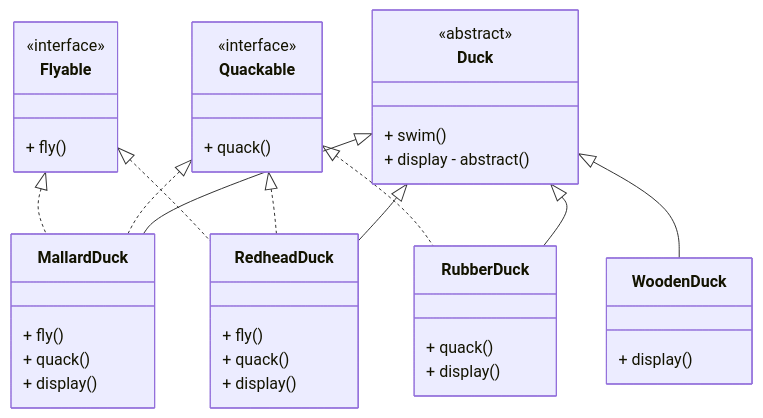
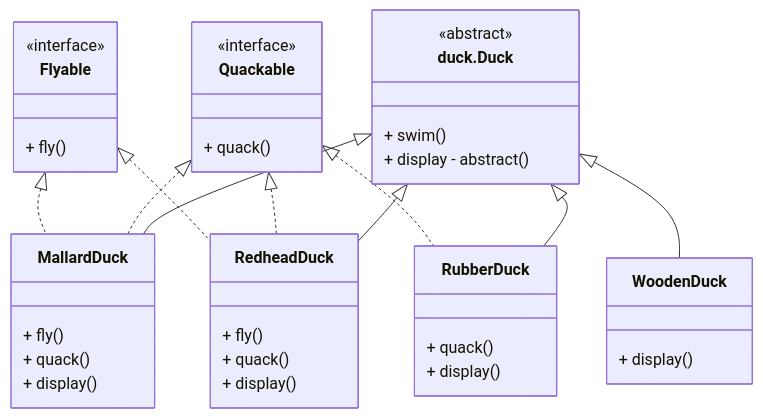
One commit to Dltmd202/Java-Spring-Study changed the fifth of 8 diagrams in oop/strategyPattern/README.md. Above: the diagram before and after it, drawn with Mermaid. The commit also changed other lines of this file and 37 other files, not shown here.

````diff
--- a/oop/strategyPattern/README.md
+++ b/oop/strategyPattern/README.md
@@ -135,49 +135,49 @@
 ```mermaid
 classDiagram
 Flyable <|.. MallardDuck
 Flyable <|.. RedheadDuck
 Quackable <|.. MallardDuck
 Quackable <|.. RedheadDuck
 Quackable <|.. RubberDuck
-Duck <|-- MallardDuck
-Duck <|-- RedheadDuck
-Duck <|-- RubberDuck
-Duck <|-- WoodenDuck
+duck.Duck <|-- MallardDuck
+duck.Duck <|-- RedheadDuck
+duck.Duck <|-- RubberDuck
+duck.Duck <|-- WoodenDuck
 
 class Flyable{
     <<interface>>
     + fly()
 }
 class Quackable{
     <<interface>>
     + quack()
 }
 
-class Duck{
+class duck.Duck{
     <<abstract>>
     + swim()
     + display - abstract()
 }
 
 class MallardDuck{
     + fly()
     + quack()
     + display()
 }
 
 class RedheadDuck{
     + fly()
     + quack()
     + display()
 }
 
 class RubberDuck{
     + quack()
     + display()
 }
 
 class WoodenDuck{
     + display()
 }
 
 ```
````
